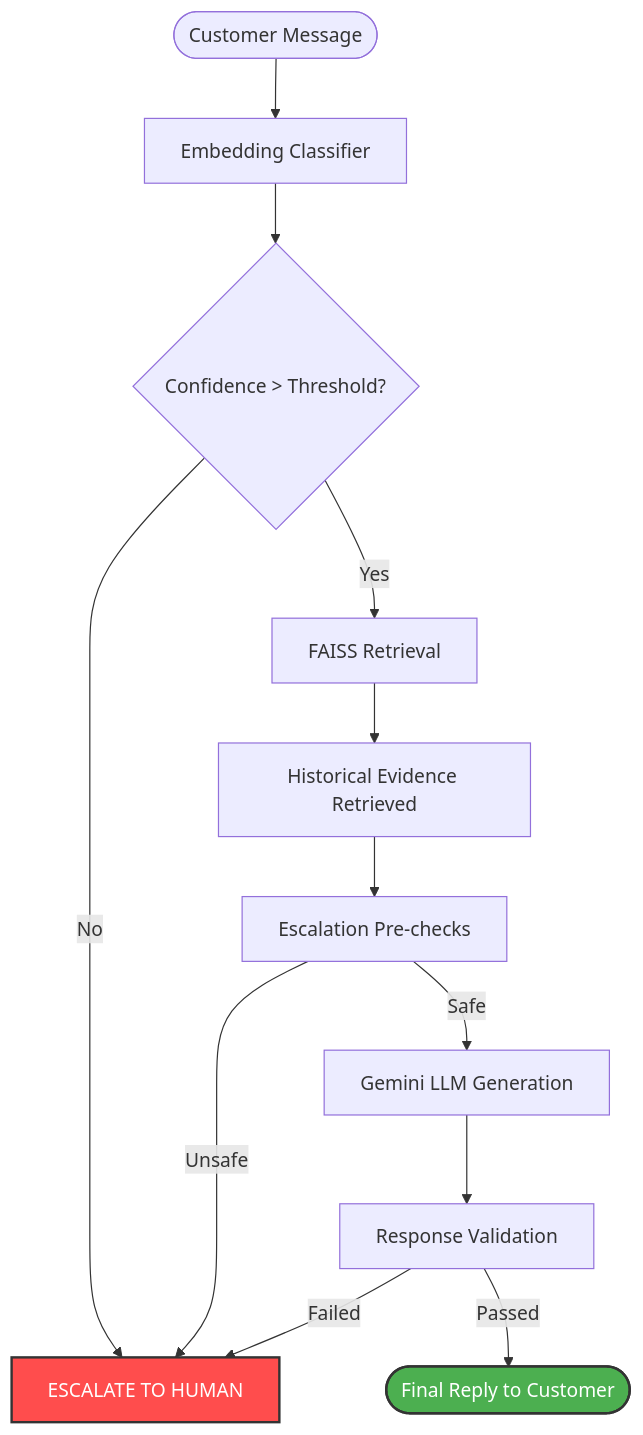
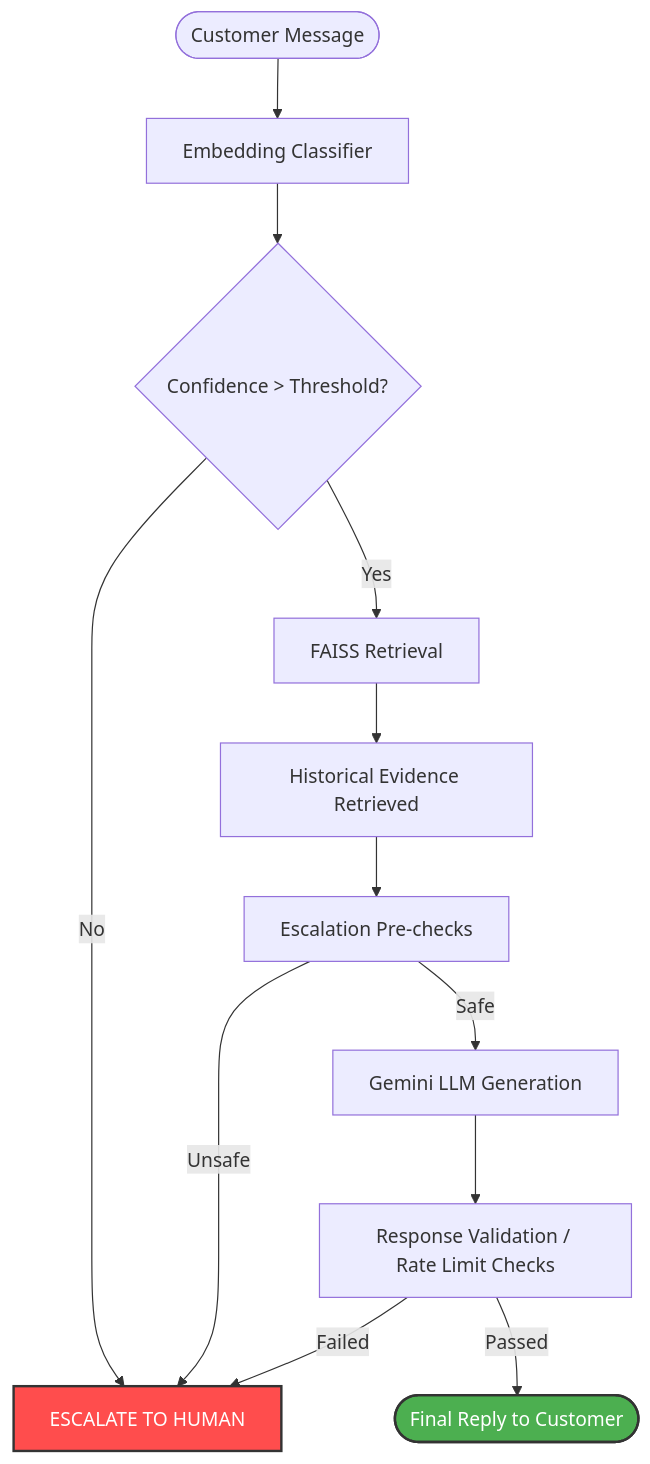
One commit to Aryan-jaiswa/HiverAssignment changed the diagram in README.md. Above: the diagram before and after it, drawn with Mermaid. The commit also changed other lines of this file, not shown here.

Commit message:
docs: Rewrite README with professional architecture, workflow, and deployment updates

````diff
--- a/README.md
+++ b/README.md
@@ -21,21 +35,21 @@
 ```mermaid
 flowchart TD
     Start([Customer Message]) --> IntentClassifier[Embedding Classifier]
     IntentClassifier --> ConfidenceCheck{Confidence > Threshold?}
     
     ConfidenceCheck -->|No| HumanEscalation[ESCALATE TO HUMAN]
     ConfidenceCheck -->|Yes| FAISS[FAISS Retrieval]
     
     FAISS --> Evidence[Historical Evidence Retrieved]
     Evidence --> PreChecks[Escalation Pre-checks]
     
     PreChecks -->|Unsafe| HumanEscalation
     PreChecks -->|Safe| LLM[Gemini LLM Generation]
     
-    LLM --> Validation[Response Validation]
+    LLM --> Validation[Response Validation / Rate Limit Checks]
     Validation -->|Failed| HumanEscalation
     Validation -->|Passed| FinalReply([Final Reply to Customer])
 
     style HumanEscalation fill:#ff4d4d,stroke:#333,stroke-width:2px,color:#fff
     style FinalReply fill:#4CAF50,stroke:#333,stroke-width:2px,color:#fff
 ```
````
